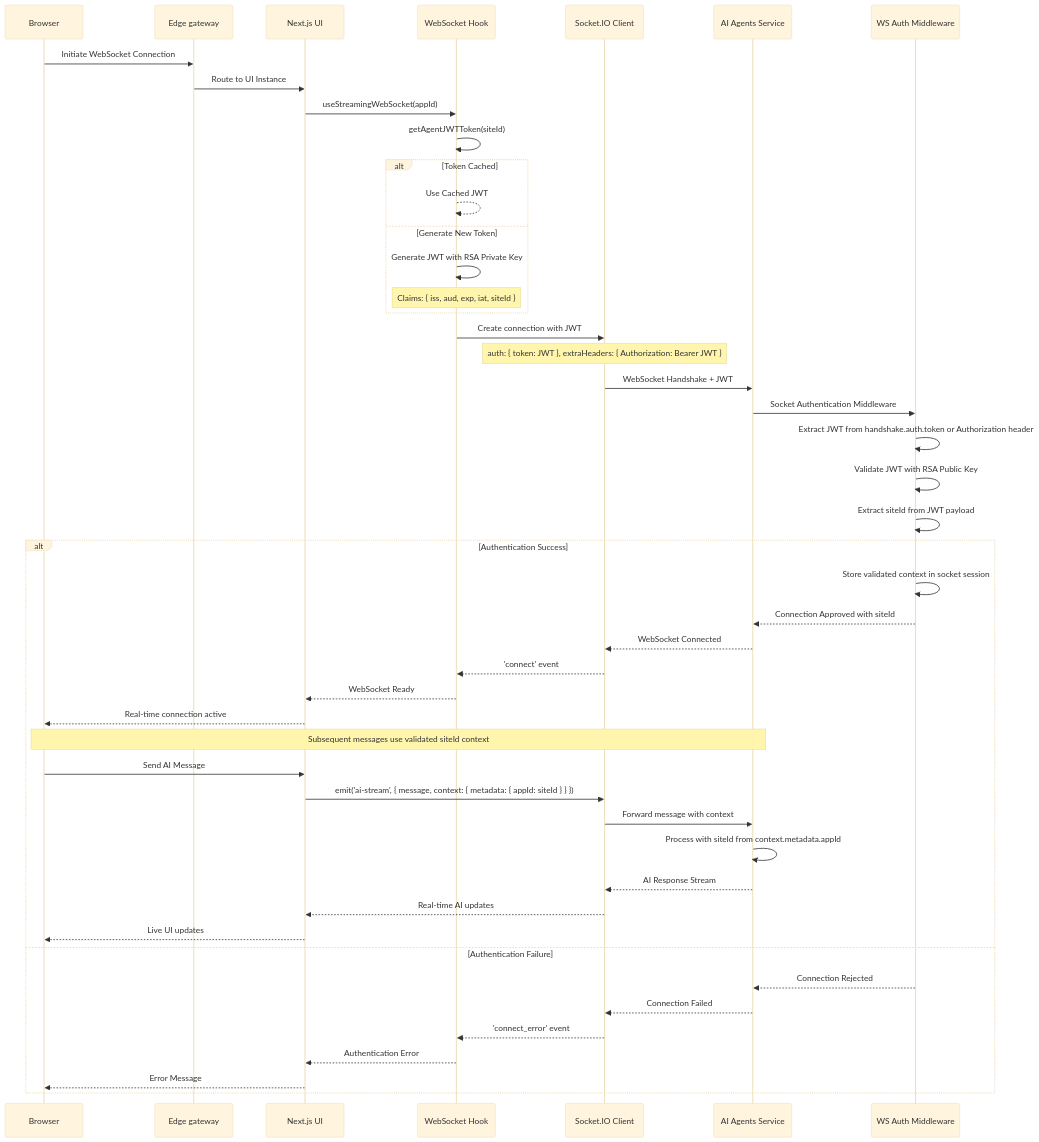
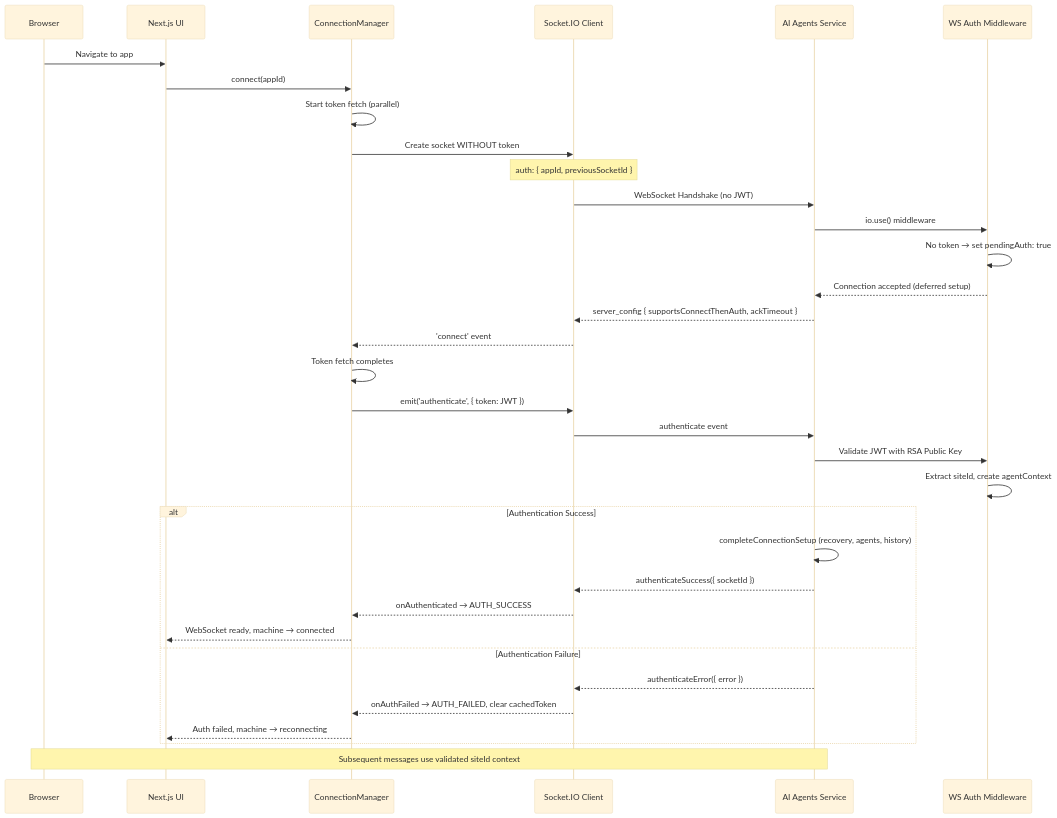
Before and after one commit to hsharif-godaddy/hackathon2026: the third of 8 diagrams in docs/ui-agents-authentication-architecture.md, drawn with Mermaid (base theme). The commit also changed other lines of this file and 20 other files, not shown here.

First line of the commit message:
feat(websocket): decouple connection from JWT auth (connect-then-auth) (#1907)

````diff
--- a/docs/ui-agents-authentication-architecture.md
+++ b/docs/ui-agents-authentication-architecture.md
@@ -118,57 +120,41 @@
 ```mermaid
 sequenceDiagram
     participant Browser
-    participant CDN as Edge gateway
     participant UI as Next.js UI
-    participant WSHook as WebSocket Hook
+    participant ConnMgr as ConnectionManager
     participant SocketIO as Socket.IO Client
     participant Agents as AI Agents Service
     participant WSAuth as WS Auth Middleware
 
-    Browser->>CDN: Initiate WebSocket Connection
-    CDN->>UI: Route to UI Instance
-    UI->>WSHook: useStreamingWebSocket(appId)
-    WSHook->>WSHook: getAgentJWTToken(siteId)
+    Browser->>UI: Navigate to app
+    UI->>ConnMgr: connect(appId)
+    ConnMgr->>ConnMgr: Start token fetch (parallel)
+    ConnMgr->>SocketIO: Create socket WITHOUT token
+    Note over SocketIO: auth: { appId, previousSocketId }
 
-    alt Token Cached
-        WSHook-->>WSHook: Use Cached JWT
-    else Generate New Token
-        WSHook->>WSHook: Generate JWT with RSA Private Key
-        Note over WSHook: Claims: { iss, aud, exp, iat, siteId }
+    SocketIO->>Agents: WebSocket Handshake (no JWT)
+    Agents->>WSAuth: io.use() middleware
+    WSAuth->>WSAuth: No token → set pendingAuth: true
+    WSAuth-->>Agents: Connection accepted (deferred setup)
+    Agents-->>SocketIO: server_config { supportsConnectThenAuth, ackTimeout }
+    SocketIO-->>ConnMgr: 'connect' event
+
+    ConnMgr->>ConnMgr: Token fetch completes
+    ConnMgr->>SocketIO: emit('authenticate', { token: JWT })
+    SocketIO->>Agents: authenticate event
+    Agents->>WSAuth: Validate JWT with RSA Public Key
+    WSAuth->>WSAuth: Extract siteId, create agentContext
+
+    alt Authentication Success
+        Agents->>Agents: completeConnectionSetup (recovery, agents, history)
+        Agents-->>SocketIO: authenticateSuccess({ socketId })
+        SocketIO-->>ConnMgr: onAuthenticated → AUTH_SUCCESS
+        ConnMgr-->>UI: WebSocket ready, machine → connected
+    else Authentication Failure
+        Agents-->>SocketIO: authenticateError({ error })
+        SocketIO-->>ConnMgr: onAuthFailed → AUTH_FAILED, clear cachedToken
+        ConnMgr-->>UI: Auth failed, machine → reconnecting
     end
 
-    WSHook->>SocketIO: Create connection with JWT
-    Note over SocketIO: auth: { token: JWT }, extraHeaders: { Authorization: Bearer JWT }
-
-    SocketIO->>Agents: WebSocket Handshake + JWT
-    Agents->>WSAuth: Socket Authentication Middleware
-    WSAuth->>WSAuth: Extract JWT from handshake.auth.token or Authorization header
-
-    WSAuth->>WSAuth: Validate JWT with RSA Public Key
-    WSAuth->>WSAuth: Extract siteId from JWT payload
-
-    alt Authentication Success
-        WSAuth->>WSAuth: Store validated context in socket session
-        WSAuth-->>Agents: Connection Approved with siteId
-        Agents-->>SocketIO: WebSocket Connected
-        SocketIO-->>WSHook: 'connect' event
-        WSHook-->>UI: WebSocket Ready
-        UI-->>Browser: Real-time connection active
-
-        Note over Browser,Agents: Subsequent messages use validated siteId context
-        Browser->>UI: Send AI Message
-        UI->>SocketIO: emit('ai-stream', { message, context: { metadata: { appId: siteId } } })
-        SocketIO->>Agents: Forward message with context
-        Agents->>Agents: Process with siteId from context.metadata.appId
-        Agents-->>SocketIO: AI Response Stream
-        SocketIO-->>UI: Real-time AI updates
-        UI-->>Browser: Live UI updates
-
-    else Authentication Failure
-        WSAuth-->>Agents: Connection Rejected
-        Agents-->>SocketIO: Connection Failed
-        SocketIO-->>WSHook: 'connect_error' event
-        WSHook-->>UI: Authentication Error
-        UI-->>Browser: Error Message
-    end
+    Note over Browser,Agents: Subsequent messages use validated siteId context
 ```
````
